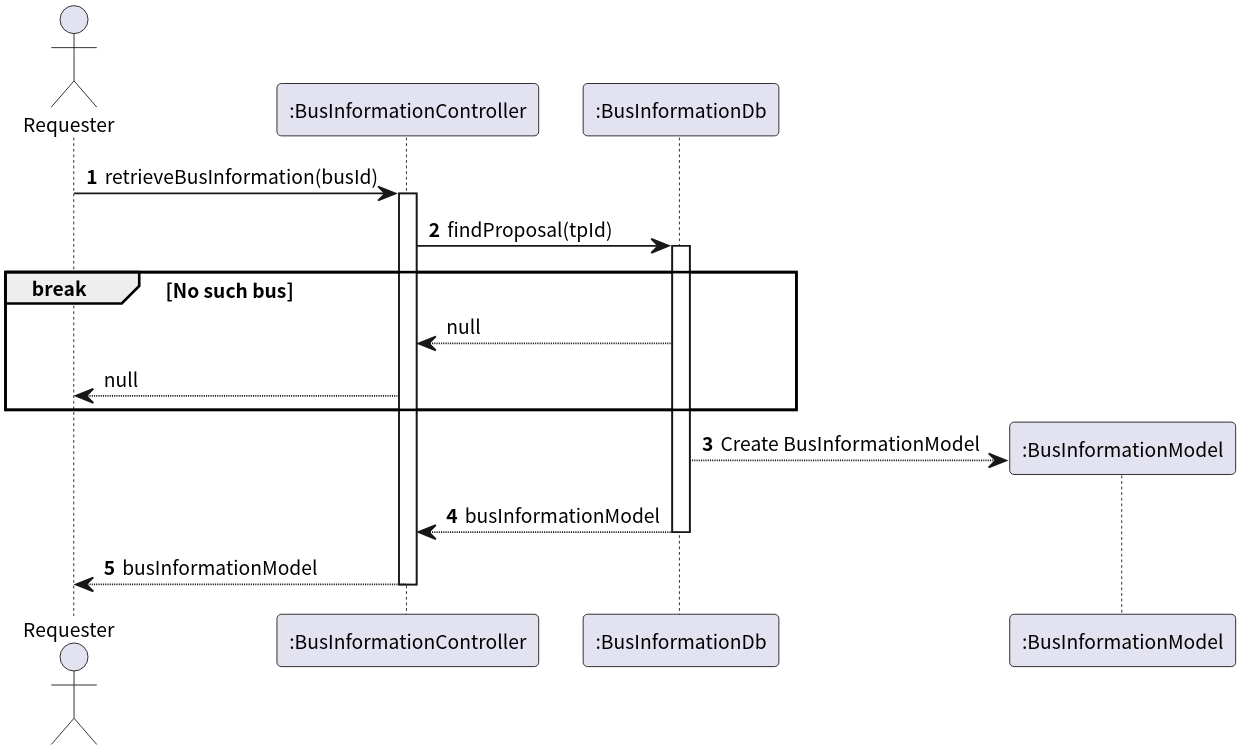
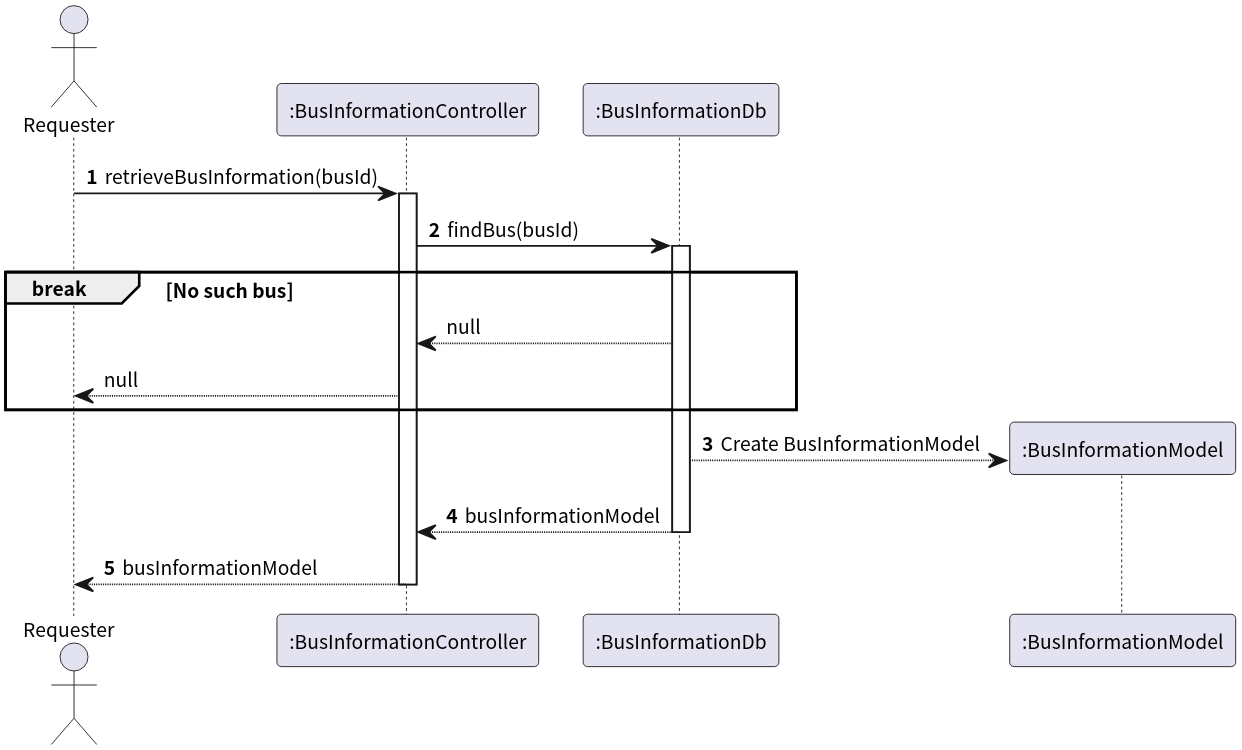
The fifth of 6 diagrams in semester-4/system-analysis/sequence-diagram.plantuml (pan93412/nkust-homework), drawn with PlantUML before and after one commit. The commit also changed other lines of this file, not shown here.

Commit message:
s4: system-analysis: typo

```diff
--- a/semester-4/system-analysis/sequence-diagram.plantuml
+++ b/semester-4/system-analysis/sequence-diagram.plantuml
@@ -148,29 +148,29 @@
 @startuml BusInformationRetrieve
 
 autonumber
 skinparam dpi 300
 skinparam linetype ortho
 skinparam defaultFontSize 11
 skinparam defaultFontName "Noto Sans CJK TC"
 
 actor Requester as "Requester"
 participant BusInformationController as ":BusInformationController"
 participant BusInformationDb as ":BusInformationDb"
 
 Requester -> BusInformationController ++: retrieveBusInformation(busId)
-BusInformationController -> BusInformationDb++: findProposal(tpId)
+BusInformationController -> BusInformationDb++: findBus(busId)
 
 break No such bus
     autonumber stop
     BusInformationController <-- BusInformationDb: null
     Requester <-- BusInformationController: null
 end
 
 autonumber resume
 create participant BusInformationModel as ":BusInformationModel"
 BusInformationDb --> BusInformationModel: Create BusInformationModel
 return busInformationModel
 
 return busInformationModel
 
 @enduml
```
